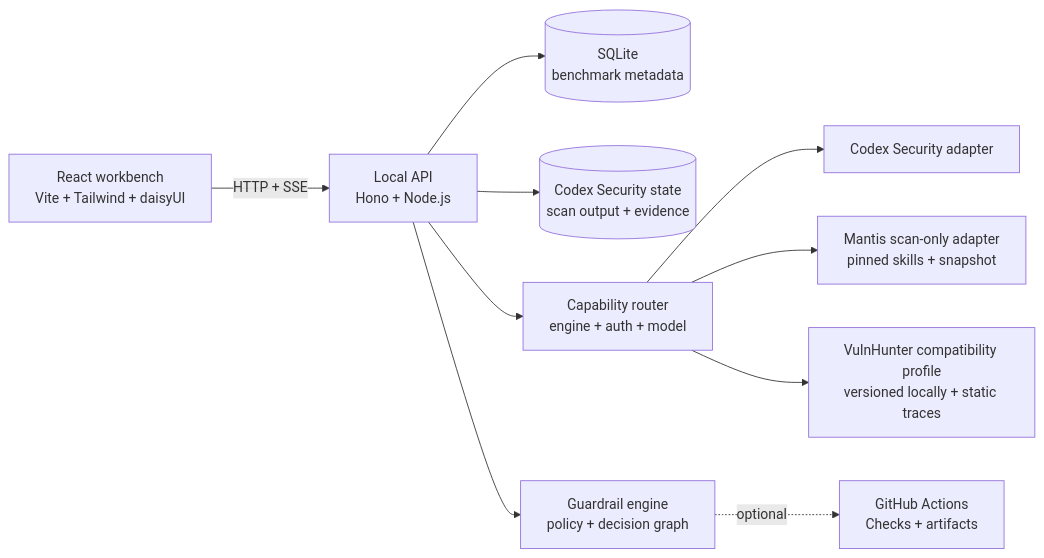
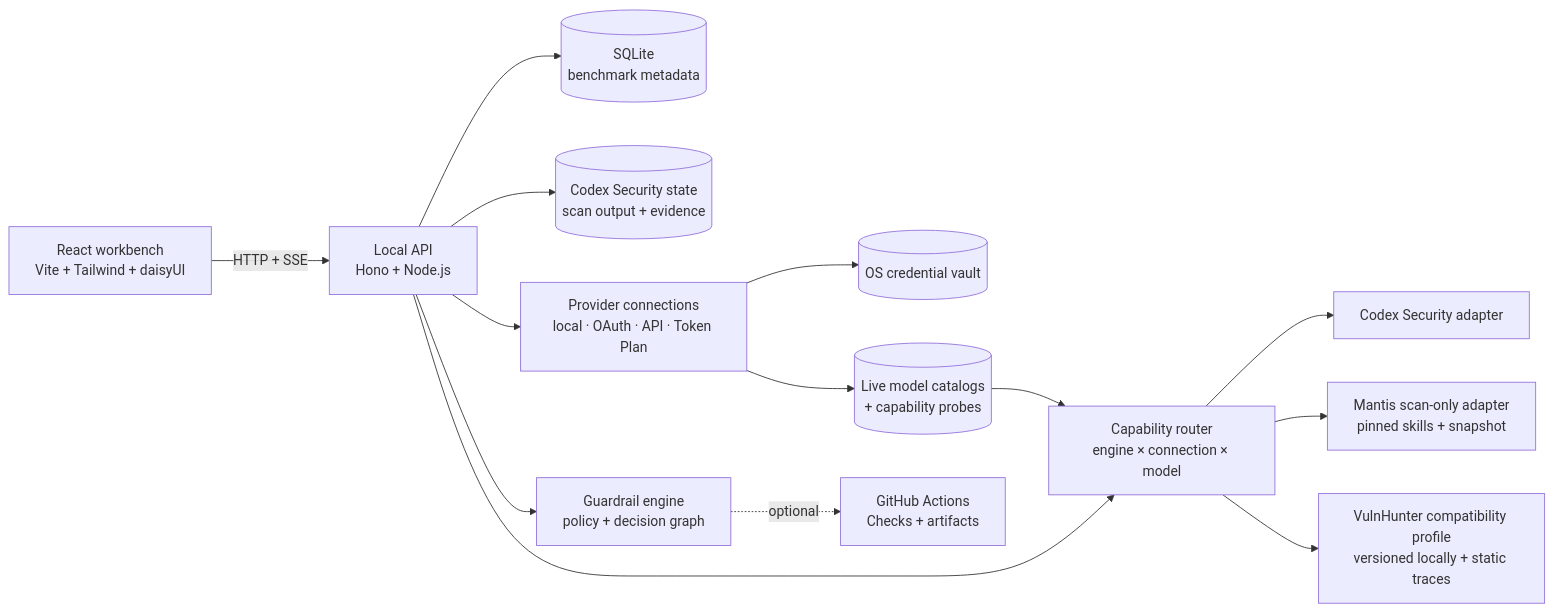
Before and after one commit to OkamiOps/okami-sentinel: the diagram in README.md, drawn with Mermaid. The commit also changed other lines of this file and 4 other files, not shown here.

Commit message:
docs: describe provider connections and vault boundaries

````diff
--- a/README.md
+++ b/README.md
@@ -89,23 +90,30 @@
 ```mermaid
 flowchart LR
     UI["React workbench\nVite + Tailwind + daisyUI"]
     API["Local API\nHono + Node.js"]
     DB[("SQLite\nbenchmark metadata")]
     STATE[("Codex Security state\nscan output + evidence")]
-    ROUTER["Capability router\nengine + auth + model"]
+    CONNECTIONS["Provider connections\nlocal · OAuth · API · Token Plan"]
+    VAULT[("OS credential vault")]
+    MODELS[("Live model catalogs\n+ capability probes")]
+    ROUTER["Capability router\nengine × connection × model"]
     CODEXSEC["Codex Security adapter"]
     MANTIS["Mantis scan-only adapter\npinned skills + snapshot"]
     VULNHUNTER["VulnHunter compatibility profile\nversioned locally + static traces"]
     GATE["Guardrail engine\npolicy + decision graph"]
     GH["GitHub Actions\nChecks + artifacts"]
 
     UI -->|HTTP + SSE| API
     API --> DB
     API --> STATE
+    API --> CONNECTIONS
+    CONNECTIONS --> VAULT
+    CONNECTIONS --> MODELS
+    MODELS --> ROUTER
     API --> ROUTER
     ROUTER --> CODEXSEC
     ROUTER --> MANTIS
     ROUTER --> VULNHUNTER
     API --> GATE
     GATE -. optional .-> GH
 ```
````
